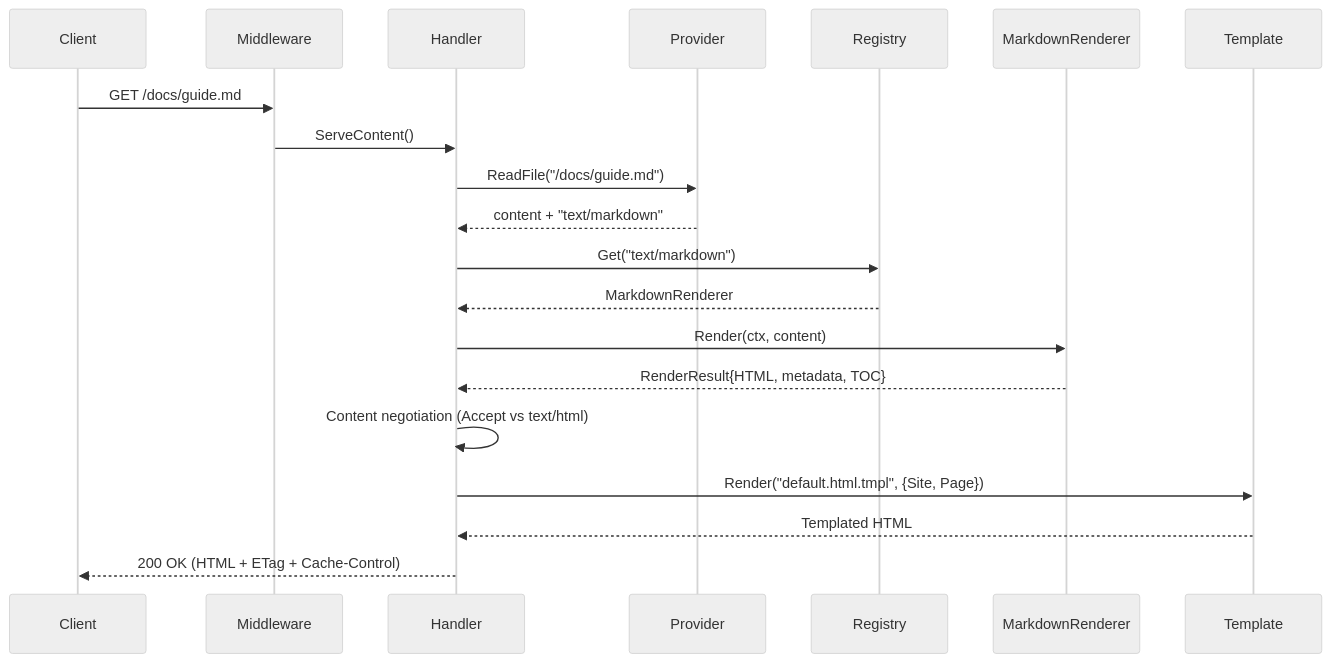
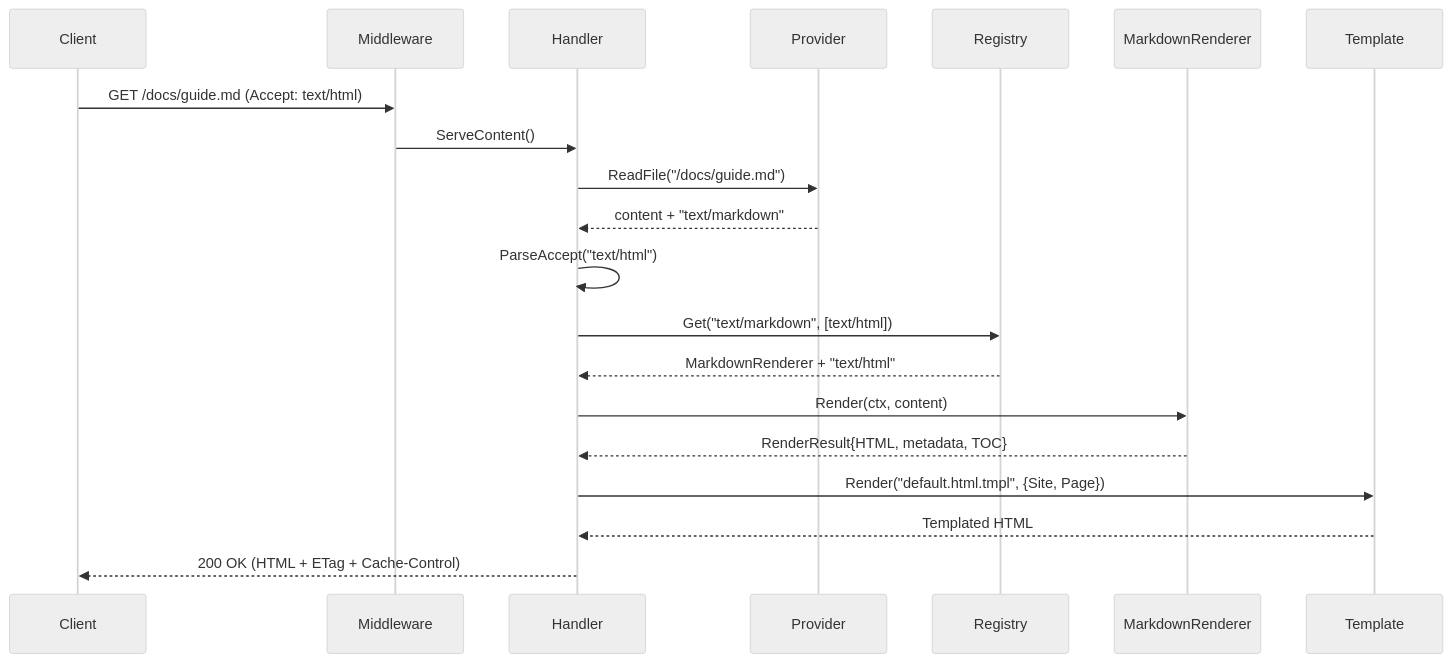
Before and after one commit to monolithiclab/gomddoc: the second of 3 diagrams in docs/architecture.md, drawn with Mermaid (neutral theme). The commit also changed other lines of this file and 24 other files, not shown here.

First line of the commit message:
Add two-dimensional content negotiation (Phase 6a)

````diff
--- a/docs/architecture.md
+++ b/docs/architecture.md
@@ -266,23 +279,23 @@
 ```mermaid
 sequenceDiagram
     participant C as Client
     participant M as Middleware
     participant H as Handler
     participant P as Provider
     participant Reg as Registry
     participant R as MarkdownRenderer
     participant T as Template
 
-    C->>M: GET /docs/guide.md
+    C->>M: GET /docs/guide.md (Accept: text/html)
     M->>H: ServeContent()
     H->>P: ReadFile("/docs/guide.md")
     P-->>H: content + "text/markdown"
-    H->>Reg: Get("text/markdown")
-    Reg-->>H: MarkdownRenderer
+    H->>H: ParseAccept("text/html")
+    H->>Reg: Get("text/markdown", [text/html])
+    Reg-->>H: MarkdownRenderer + "text/html"
     H->>R: Render(ctx, content)
     R-->>H: RenderResult{HTML, metadata, TOC}
-    H->>H: Content negotiation (Accept vs text/html)
     H->>T: Render("default.html.tmpl", {Site, Page})
     T-->>H: Templated HTML
     H-->>C: 200 OK (HTML + ETag + Cache-Control)
 ```
````
